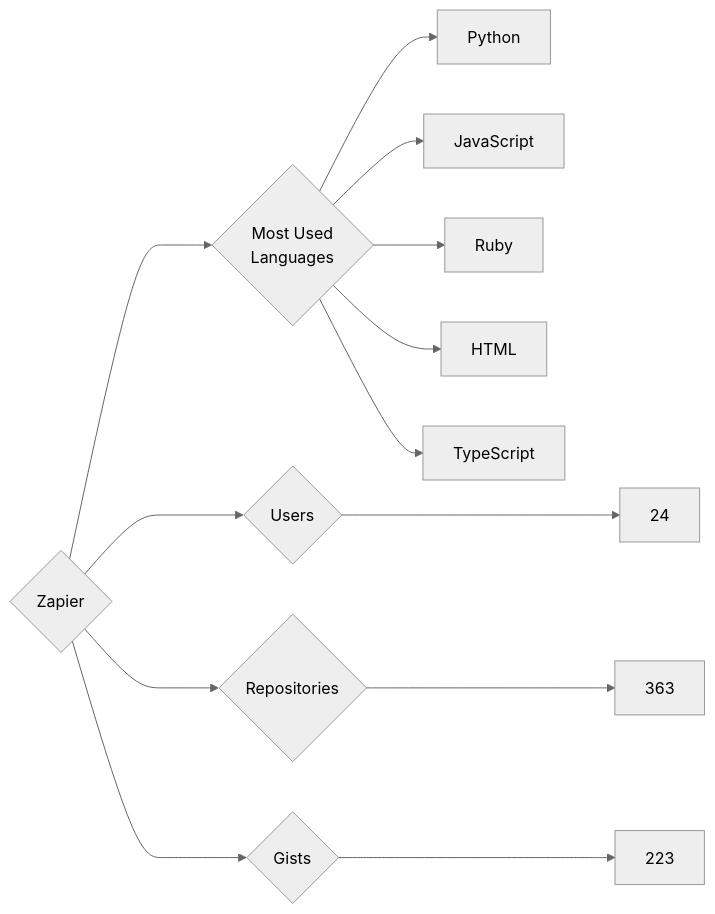
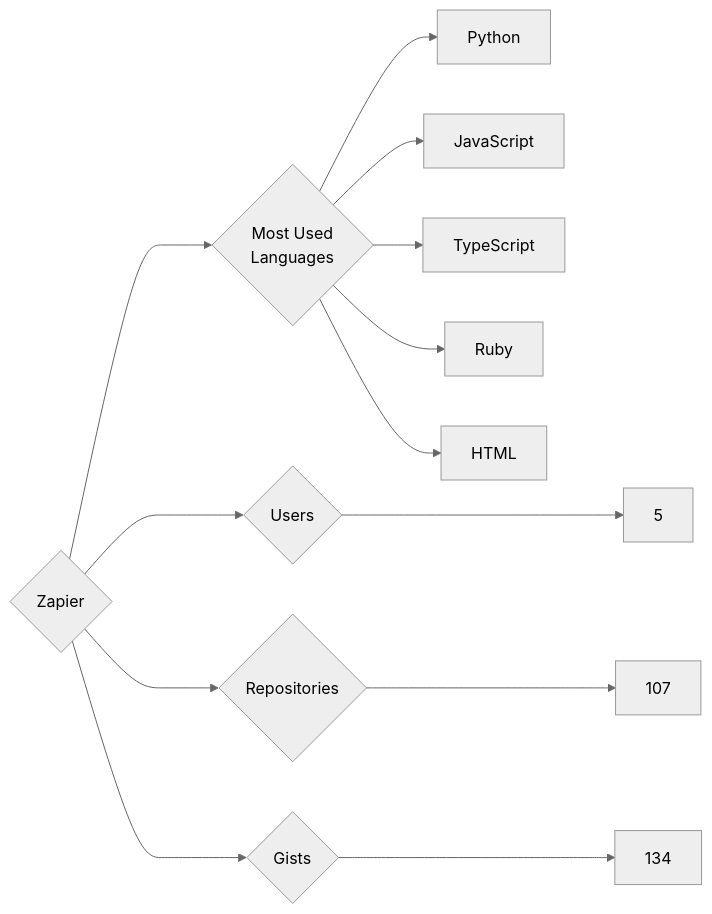
One commit to trickest/insiders changed the diagram in targets/Zapier/README.md. Above: the diagram before and after it, drawn with Mermaid (neutral theme). The commit also changed 964 other files, not shown here.

````diff
--- a/targets/Zapier/README.md
+++ b/targets/Zapier/README.md
@@ -3,13 +3,13 @@
 ```mermaid
 graph LR
 COMPANY_NAME{Zapier}
-COMPANY_NAME ---> U{Users} ---> UN[24]
-COMPANY_NAME ---> R{Repositories} ---> RN[363]
-COMPANY_NAME ---> G{Gists} ---> GN[223]
+COMPANY_NAME ---> U{Users} ---> UN[5]
+COMPANY_NAME ---> R{Repositories} ---> RN[107]
+COMPANY_NAME ---> G{Gists} ---> GN[134]
 COMPANY_NAME ---> ML{Most Used<br>Languages}
 ML --> Python[Python]
 ML --> JavaScript[JavaScript]
+ML --> TypeScript[TypeScript]
 ML --> Ruby[Ruby]
 ML --> HTML[HTML]
-ML --> TypeScript[TypeScript]
 ```
````
